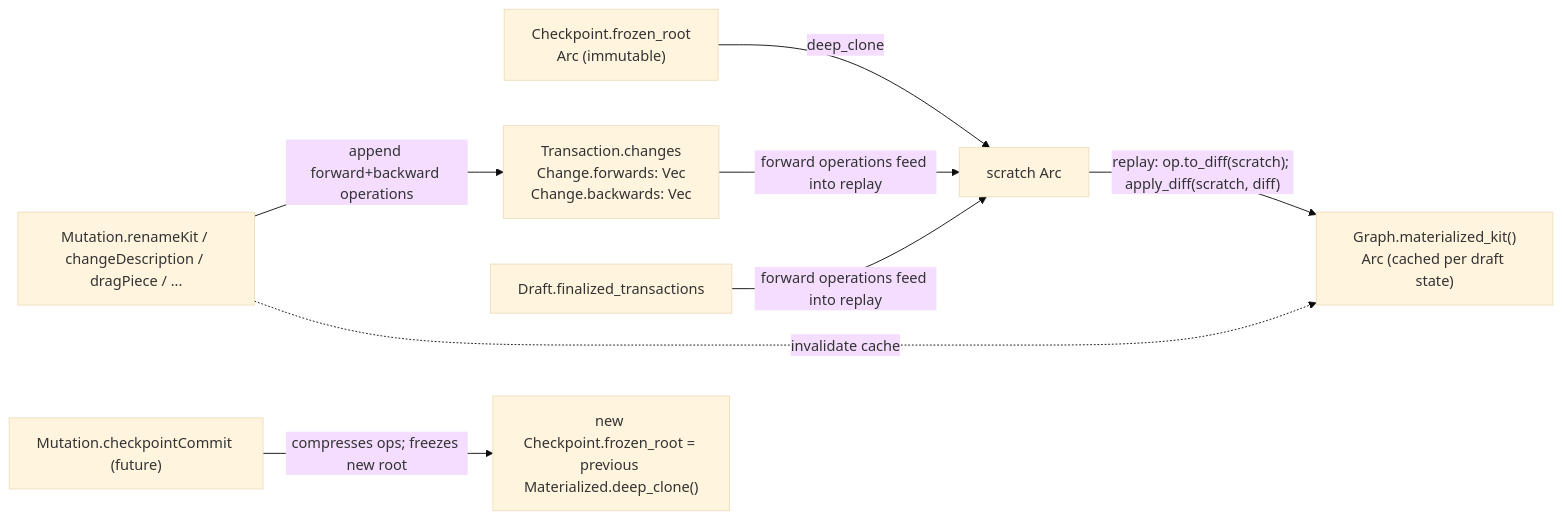
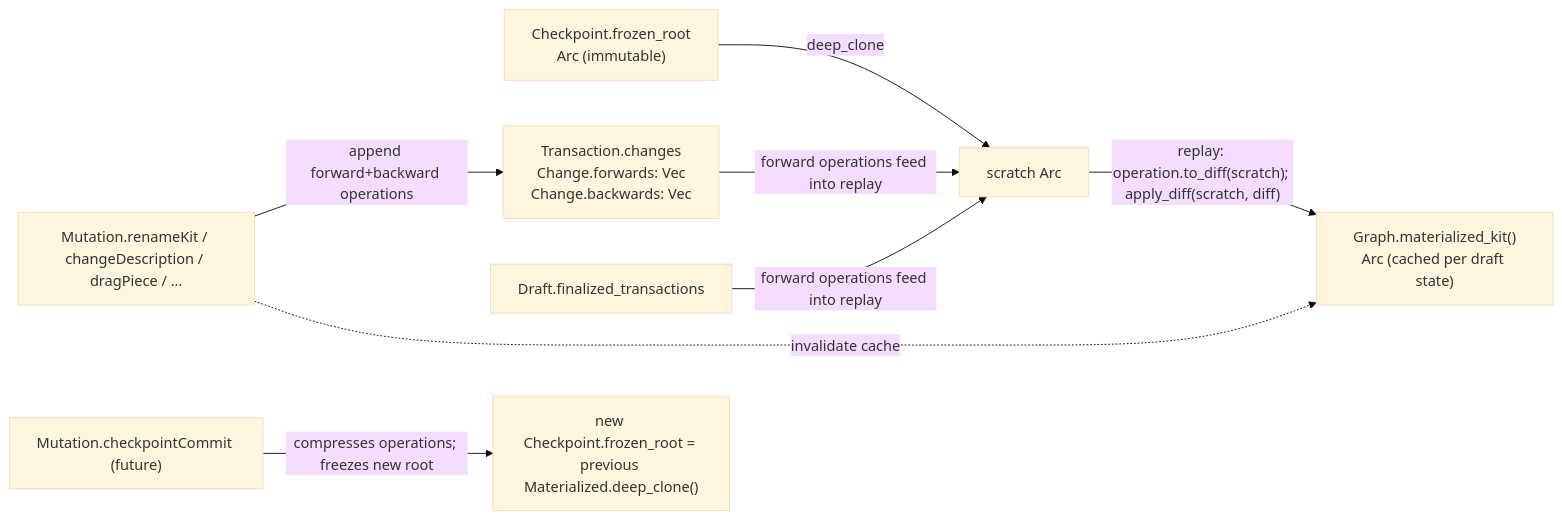
The diagram in .cursor/plans/rs_kit_store_materialization_86ff846b.plan.md (usalu/semio), drawn with Mermaid (base theme) before and after one commit. The commit also changed other lines of this file and 513 other files, not shown here.

````diff
--- a/.cursor/plans/rs_kit_store_materialization_86ff846b.plan.md
+++ b/.cursor/plans/rs_kit_store_materialization_86ff846b.plan.md
@@ -65,10 +65,10 @@
 ```mermaid
 flowchart LR
   RootKit["Checkpoint.frozen_root<br/>Arc<Kit> (immutable)"] -->|deep_clone| Scratch["scratch Arc<Kit>"]
-  Scratch -->|"replay: op.to_diff(scratch); apply_diff(scratch, diff)"| Materialized["Graph.materialized_kit()<br/>Arc<Kit> (cached per draft state)"]
+  Scratch -->|"replay: operation.to_diff(scratch); apply_diff(scratch, diff)"| Materialized["Graph.materialized_kit()<br/>Arc<Kit> (cached per draft state)"]
   OpenTx["Transaction.changes<br/>Change.forwards: Vec<KitOperation><br/>Change.backwards: Vec<KitOperation>"] -->|"forward operations feed into replay"| Scratch
   FinalizedTx["Draft.finalized_transactions"] -->|"forward operations feed into replay"| Scratch
   Cmd["Mutation.renameKit / changeDescription / dragPiece / ..."] -->|append forward+backward operations| OpenTx
   Cmd -.->|"invalidate cache"| Materialized
-  Commit["Mutation.checkpointCommit (future)"] -->|"compresses ops; freezes new root"| NewCp["new Checkpoint.frozen_root = previous Materialized.deep_clone()"]
+  Commit["Mutation.checkpointCommit (future)"] -->|"compresses operations; freezes new root"| NewCp["new Checkpoint.frozen_root = previous Materialized.deep_clone()"]
 ```
````
